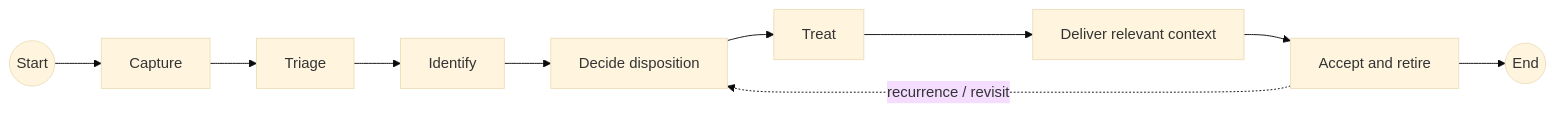
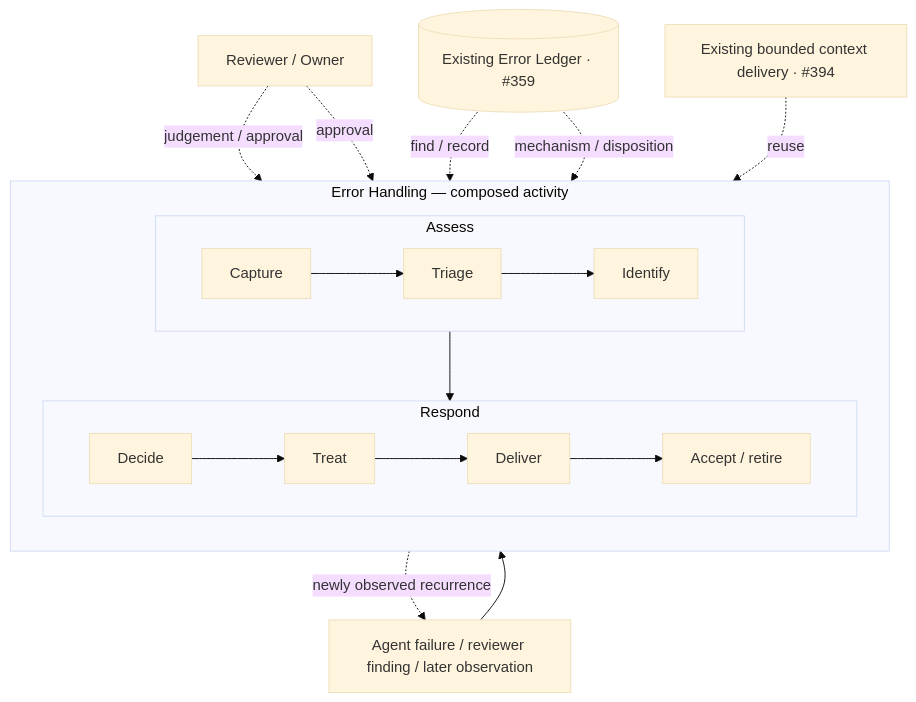
Before and after one commit to dyphn1/Harness-everything: the second of 3 diagrams in docs/discussions/error-handling/README.md, drawn with Mermaid (base theme). The commit also changed other lines of this file, not shown here.

Commit message:
docs(discussion): show three-view error handling overview for #437

````diff
--- a/docs/discussions/error-handling/README.md
+++ b/docs/discussions/error-handling/README.md
@@ -9,12 +88,22 @@
 ```mermaid
-flowchart LR
-    S((Start)) --> A["Capture"]
-    A --> B["Triage"]
-    B --> C["Identify"]
-    C --> D["Decide disposition"]
-    D --> E["Treat"]
-    E --> F["Deliver relevant context"]
-    F --> G["Accept and retire"]
-    G --> X((End))
-    G -. "recurrence / revisit" .-> D
+flowchart TB
+    INPUT["Agent failure / reviewer finding / later observation"] --> A
+    subgraph EH["Error Handling — composed activity"]
+        direction TB
+        subgraph ASSESS["Assess"]
+            direction LR
+            A["Capture"] --> B["Triage"] --> C["Identify"]
+        end
+        subgraph RESPOND["Respond"]
+            direction LR
+            D["Decide"] --> E["Treat"] --> F["Deliver"] --> G["Accept / retire"]
+        end
+        C --> D
+    end
+    REVIEW["Reviewer / Owner"] -. "judgement / approval" .-> B
+    REVIEW -. "approval" .-> D
+    LEDGER[("Existing Error Ledger · #359")] -. "find / record" .-> C
+    LEDGER -. "mechanism / disposition" .-> E
+    HOOK["Existing bounded context delivery · #394"] -. "reuse" .-> F
+    G -. "newly observed recurrence" .-> INPUT
 ```
````
